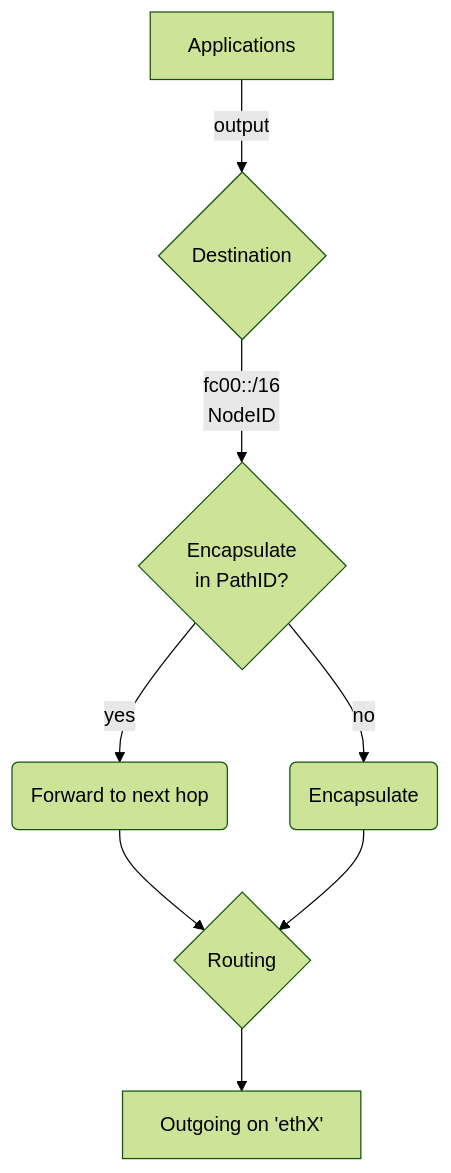
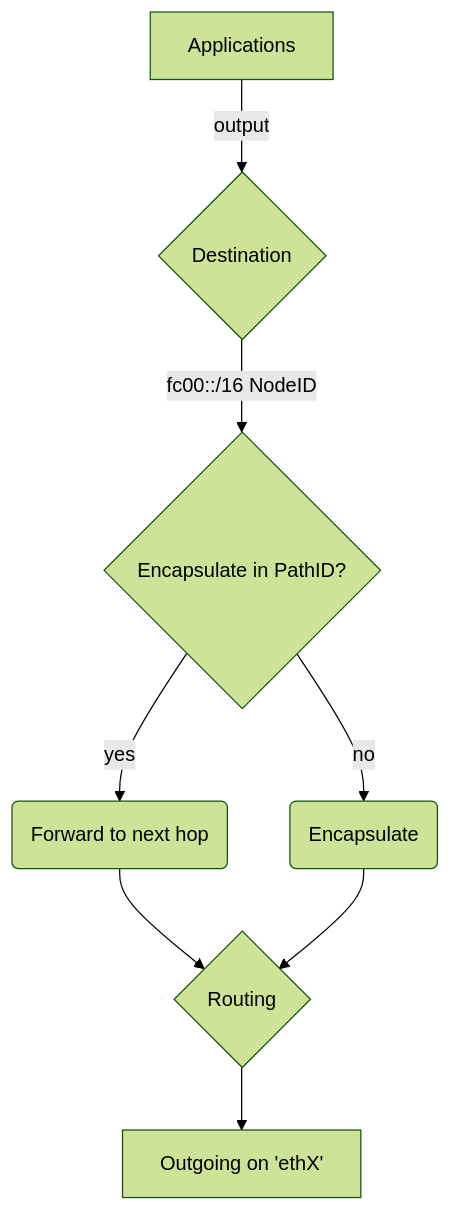
One commit to kit-tm/KIRA-Rust changed the second of 2 diagrams in forwarding/README.MD. Above: the diagram before and after it, drawn with Mermaid (forest theme). The commit also changed other lines of this file, not shown here.

````diff
--- a/forwarding/README.MD
+++ b/forwarding/README.MD
@@ -49,10 +49,10 @@
 ```mermaid
     graph TD
     A[Applications] -->|output| B{Destination}
-    B --> |fc00::/16\n NodeID| K{Encapsulate\n in PathID?}
+    B --> |fc00::/16 NodeID| K{Encapsulate in PathID?}
     H --> I{Routing}
     I --> Z[Outgoing on 'ethX']
     K --> |yes| H(Forward to next hop)
     K --> |no| L(Encapsulate)
     L --> I
 ```
````
